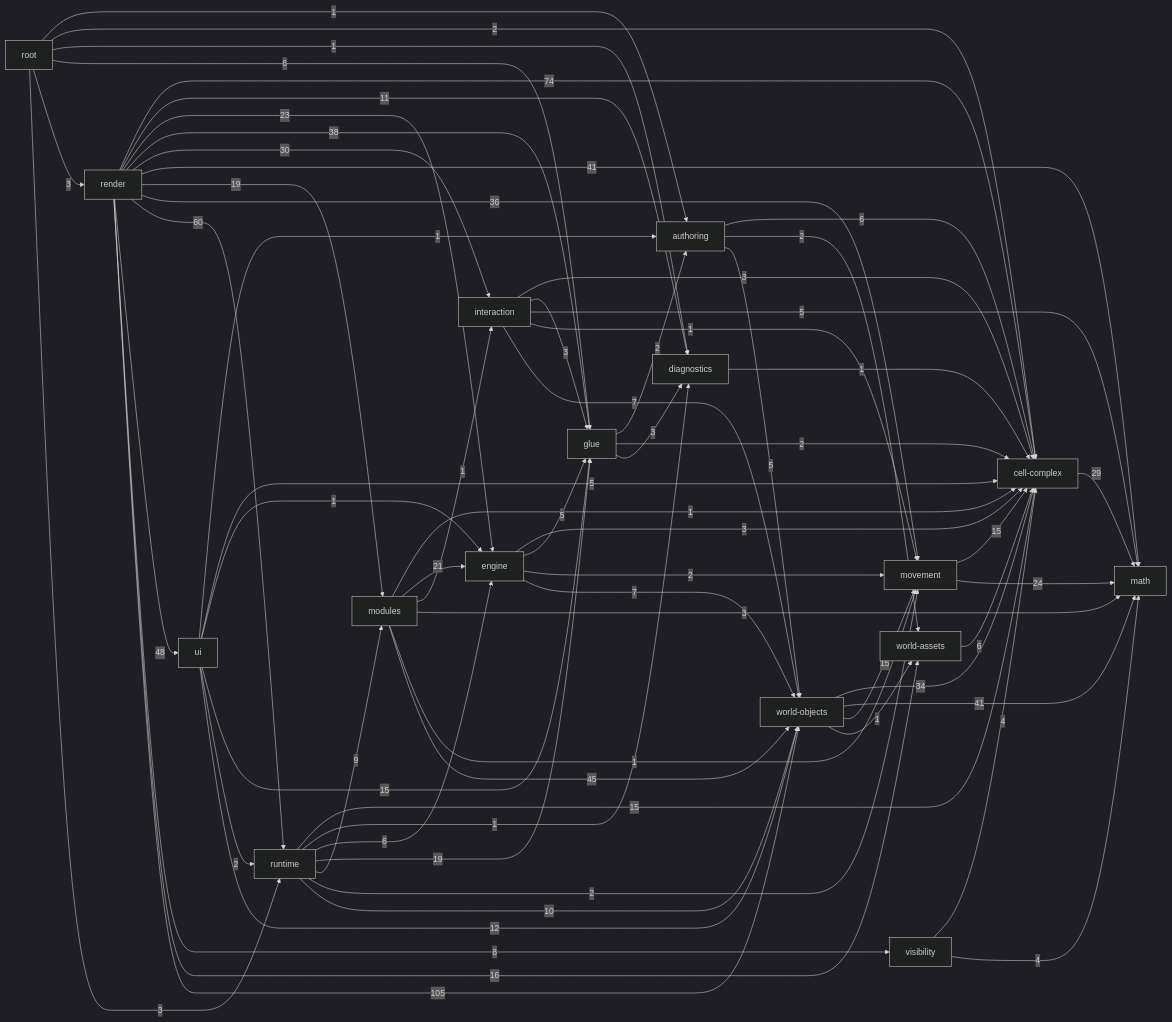
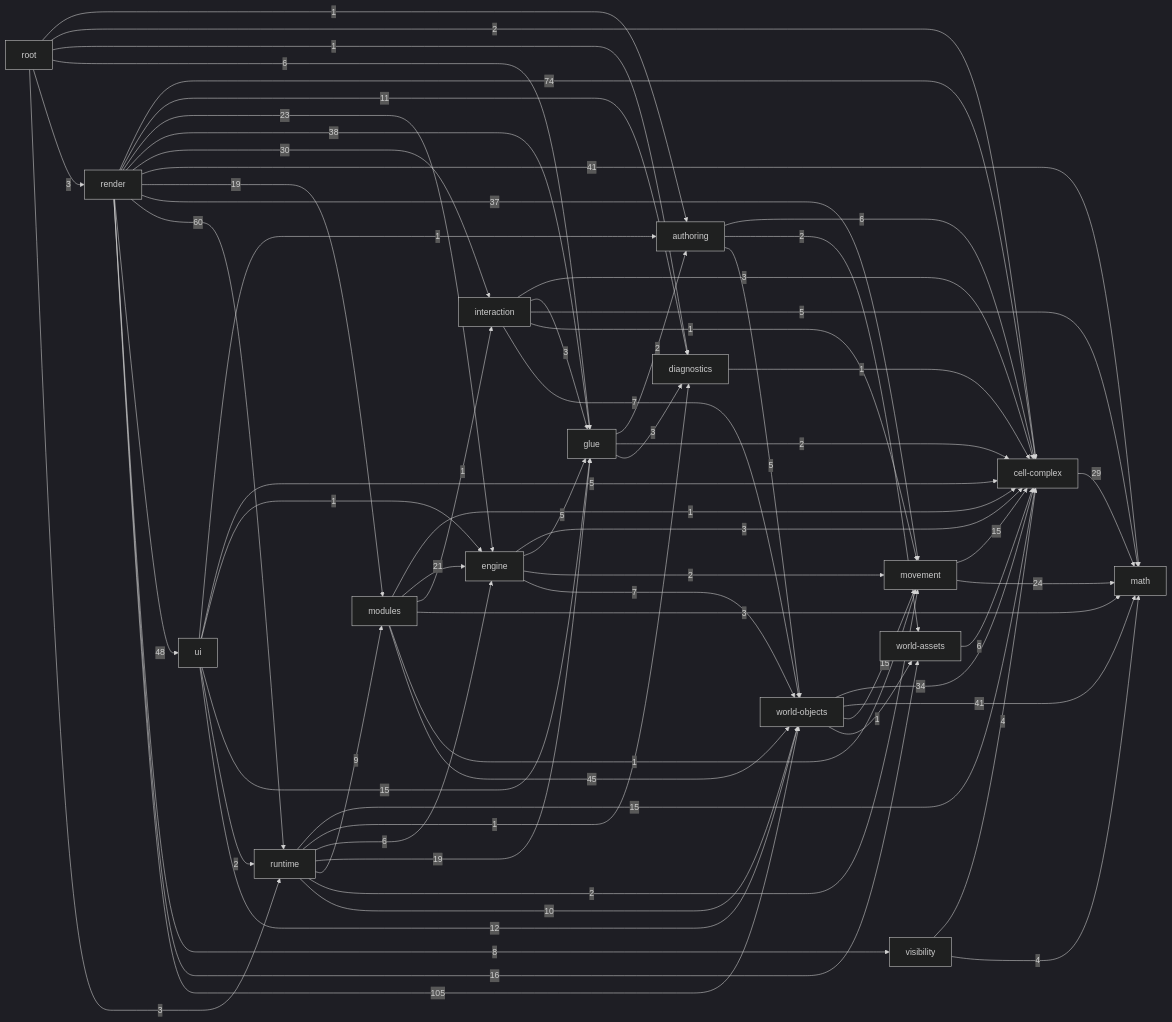
Before and after one commit to guraltsev/noneuclid-fpv: the diagram in _docs/generated/ARCHITECTURE_REFERENCE.md, drawn with Mermaid (dark theme). The commit also changed other lines of this file and 10 other files, not shown here.

```diff
--- a/_docs/generated/ARCHITECTURE_REFERENCE.md
+++ b/_docs/generated/ARCHITECTURE_REFERENCE.md
@@ -84,7 +84,7 @@
   render -->|30| interaction
   render -->|41| math
   render -->|19| modules
-  render -->|36| movement
+  render -->|37| movement
   render -->|60| runtime
   render -->|48| ui
   render -->|8| visibility
```
